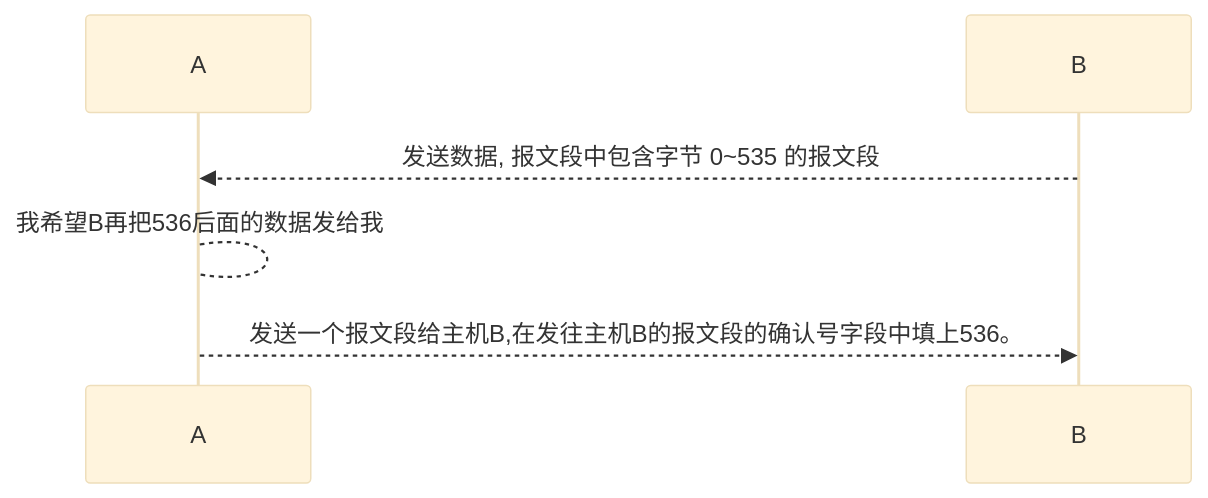
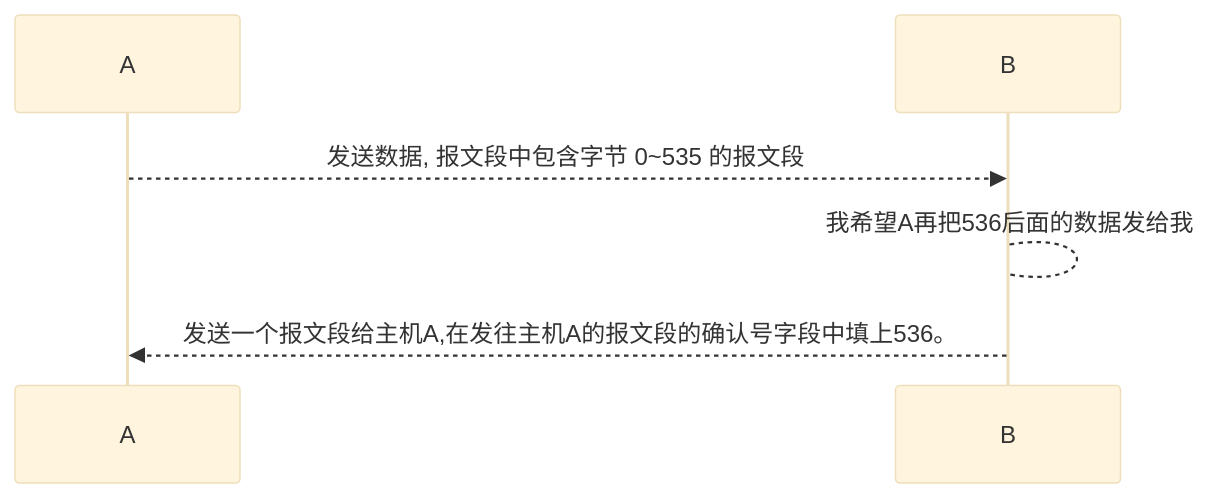
The eighth of 14 diagrams in CS Course/计算机网络-自顶向下方法.md (csliujw/CodeNotes), drawn with Mermaid (base theme) before and after one commit. The commit also changed other lines of this file and 6 other files, not shown here.

````diff
--- a/CS Course/计算机网络-自顶向下方法.md
+++ b/CS Course/计算机网络-自顶向下方法.md
@@ -362,8 +675,8 @@
 ```mermaid
 sequenceDiagram
 participant A as A
 participant B as B
-B-->>A:发送数据, 报文段中包含字节 0~535 的报文段
-A-->A:我希望B再把536后面的数据发给我
-A-->>B:发送一个报文段给主机B,在发往主机B的报文段的确认号字段中填上536。
+A-->>B:发送数据, 报文段中包含字节 0~535 的报文段
+B-->B:我希望A再把536后面的数据发给我
+B-->>A:发送一个报文段给主机A,在发往主机A的报文段的确认号字段中填上536。
 ```
````
